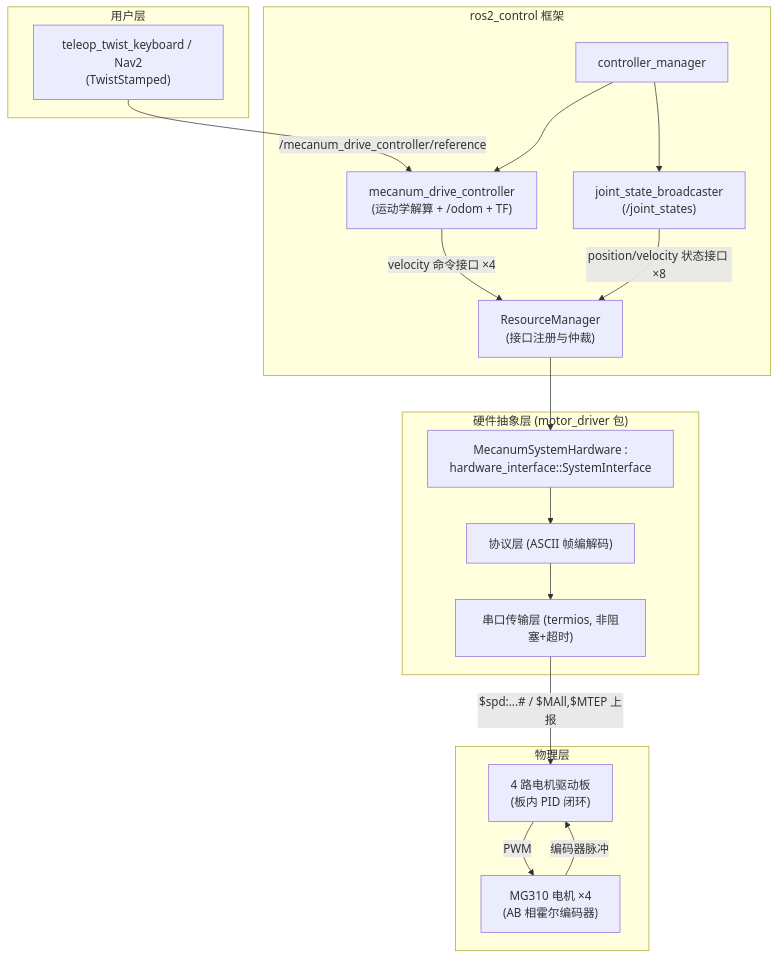
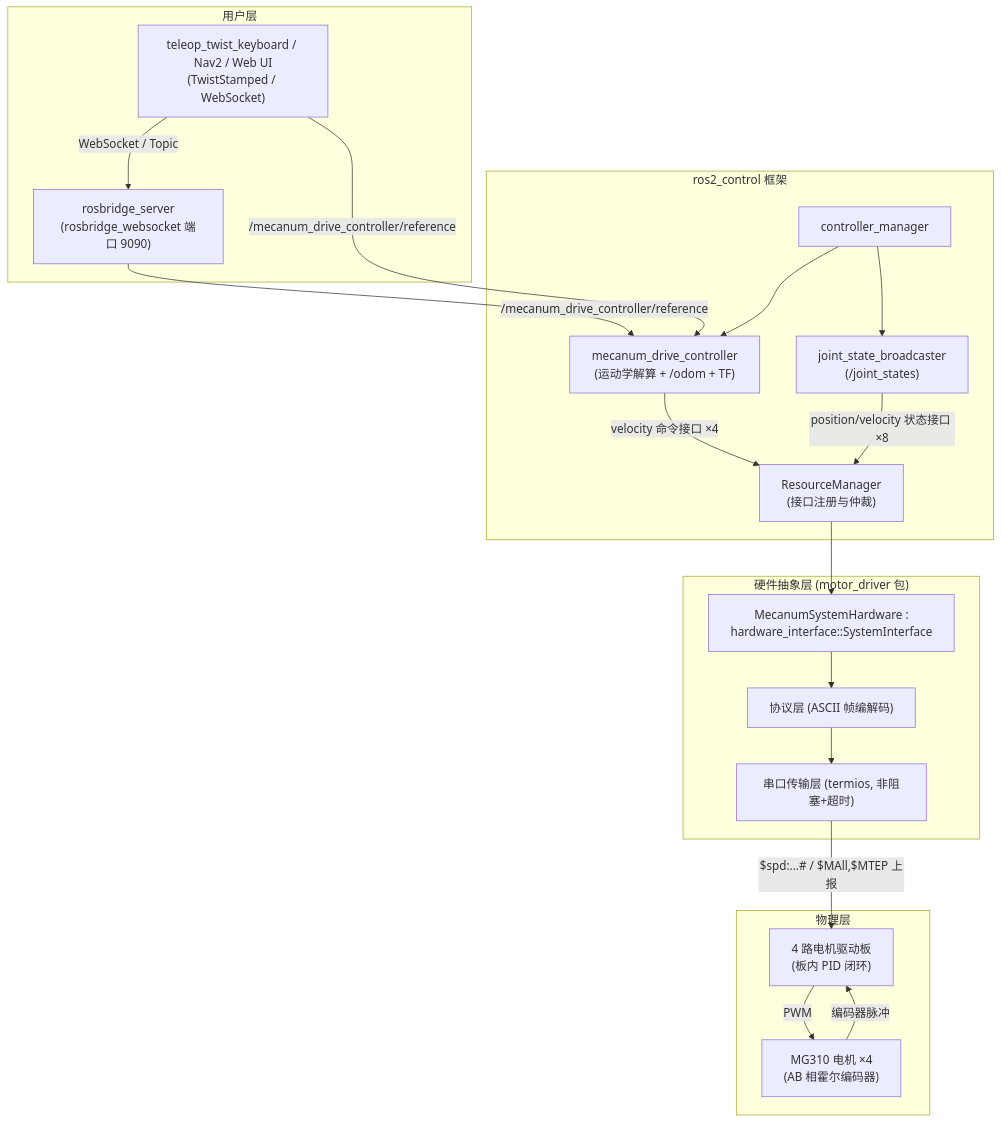
One commit to changBin-x/smart_car_robot changed the diagram in README.md. Above: the diagram before and after it, drawn with Mermaid. The commit also changed other lines of this file and 3 other files, not shown here.

First line of the commit message:
feat(bringup): 集成 rosbridge_server WebSocket 桥接服务

````diff
--- a/README.md
+++ b/README.md
@@ -47,32 +47,35 @@
 ```mermaid
 graph TD
     subgraph 用户层
-        TELEOP["teleop_twist_keyboard / Nav2<br/>(TwistStamped)"]
+        TELEOP["teleop_twist_keyboard / Nav2 / Web UI<br/>(TwistStamped / WebSocket)"]
+        ROSBRIDGE["rosbridge_server<br/>(rosbridge_websocket 端口 9090)"]
     end
     subgraph "ros2_control 框架"
         CM[controller_manager]
         MDC["mecanum_drive_controller<br/>(运动学解算 + /odom + TF)"]
         JSB["joint_state_broadcaster<br/>(/joint_states)"]
         RI["ResourceManager<br/>(接口注册与仲裁)"]
     end
     subgraph "硬件抽象层 (motor_driver 包)"
         HW["MecanumSystemHardware :<br/>hardware_interface::SystemInterface"]
         PROTO["协议层 (ASCII 帧编解码)"]
         SERIAL["串口传输层 (termios, 非阻塞+超时)"]
     end
     subgraph 物理层
         BOARD["4 路电机驱动板<br/>(板内 PID 闭环)"]
         MOTOR["MG310 电机 ×4<br/>(AB 相霍尔编码器)"]
     end
 
+    ROSBRIDGE -->|"/mecanum_drive_controller/reference"| MDC
+    TELEOP -->|"WebSocket / Topic"| ROSBRIDGE
     TELEOP -->|"/mecanum_drive_controller/reference"| MDC
     CM --> MDC
     CM --> JSB
     MDC -->|"velocity 命令接口 ×4"| RI
     JSB -->|"position/velocity 状态接口 ×8"| RI
     RI --> HW
     HW --> PROTO --> SERIAL
     SERIAL -->|"$spd:...# / $MAll,$MTEP 上报"| BOARD
     BOARD -->|PWM| MOTOR
     MOTOR -->|编码器脉冲| BOARD
 ```
````
